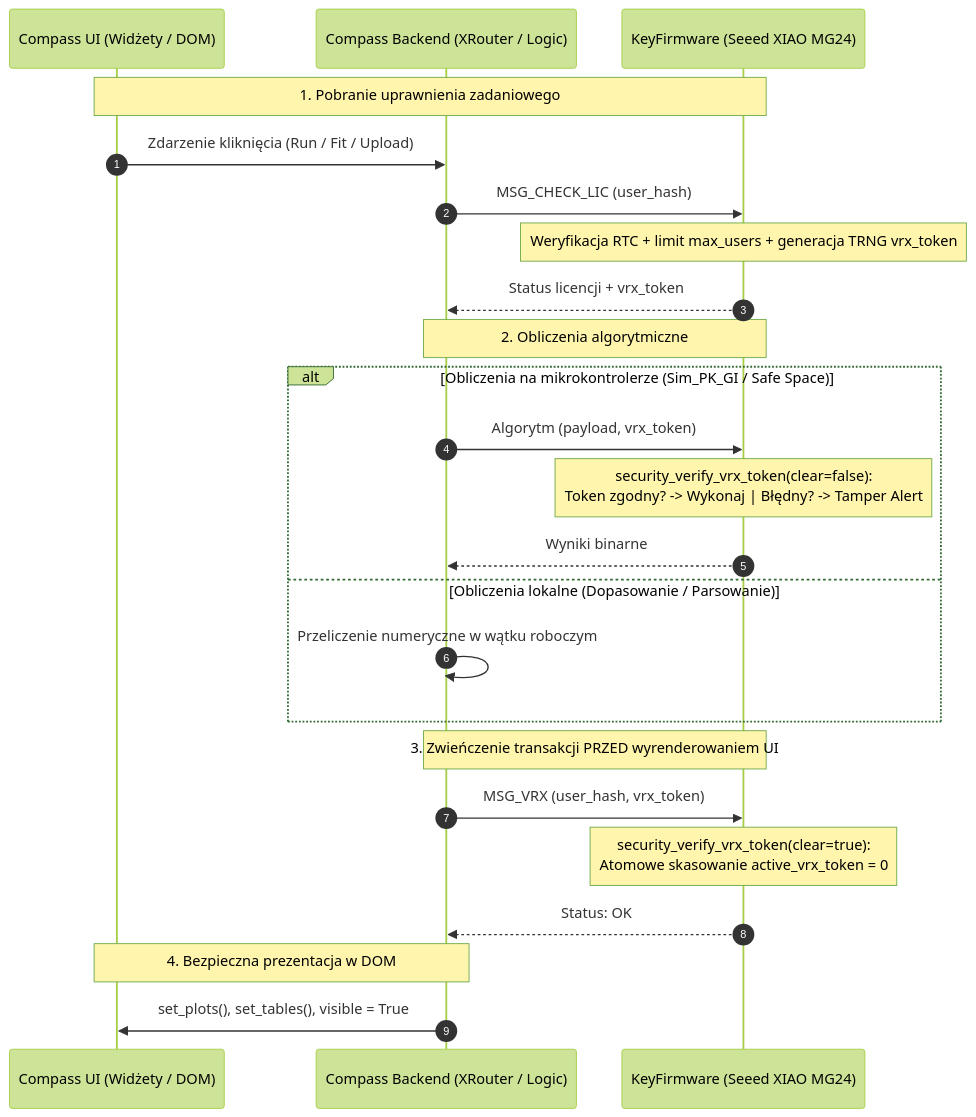
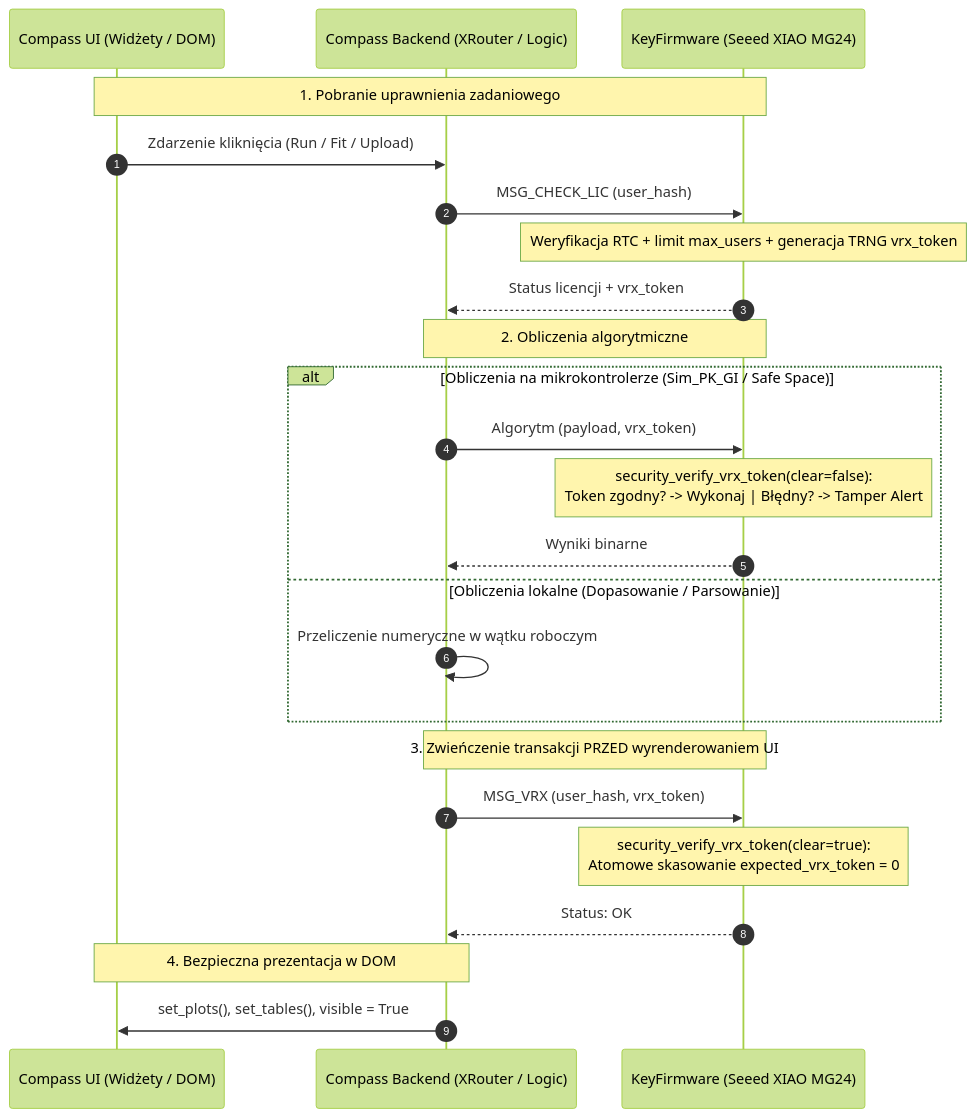
Before and after one commit to michalkkkd/keyadmin: the fourth of 4 diagrams in docs/security/compass_security_mechanisms.md, drawn with Mermaid (forest theme). The commit also changed other lines of this file and 29 other files, not shown here.

````diff
--- a/docs/security/compass_security_mechanisms.md
+++ b/docs/security/compass_security_mechanisms.md
@@ -572,30 +569,30 @@
 ```mermaid
 sequenceDiagram
     autonumber
     participant UI as Compass UI (Widżety / DOM)
     participant Host as Compass Backend (XRouter / Logic)
     participant MCU as KeyFirmware (Seeed XIAO MG24)
 
     Note over UI,MCU: 1. Pobranie uprawnienia zadaniowego
     UI->>Host: Zdarzenie kliknięcia (Run / Fit / Upload)
     Host->>MCU: MSG_CHECK_LIC (user_hash)
     Note over MCU: Weryfikacja RTC + limit max_users + generacja TRNG vrx_token
     MCU-->>Host: Status licencji + vrx_token
 
     Note over Host,MCU: 2. Obliczenia algorytmiczne
     alt Obliczenia na mikrokontrolerze (Sim_PK_GI / Safe Space)
         Host->>MCU: Algorytm (payload, vrx_token)
         Note over MCU: security_verify_vrx_token(clear=false):<br/>Token zgodny? -> Wykonaj | Błędny? -> Tamper Alert
         MCU-->>Host: Wyniki binarne
     else Obliczenia lokalne (Dopasowanie / Parsowanie)
         Host->>Host: Przeliczenie numeryczne w wątku roboczym
     end
 
     Note over Host,MCU: 3. Zwieńczenie transakcji PRZED wyrenderowaniem UI
     Host->>MCU: MSG_VRX (user_hash, vrx_token)
-    Note over MCU: security_verify_vrx_token(clear=true):<br/>Atomowe skasowanie active_vrx_token = 0
+    Note over MCU: security_verify_vrx_token(clear=true):<br/>Atomowe skasowanie expected_vrx_token = 0
     MCU-->>Host: Status: OK
 
     Note over UI,Host: 4. Bezpieczna prezentacja w DOM
     Host->>UI: set_plots(), set_tables(), visible = True
 ```
````
